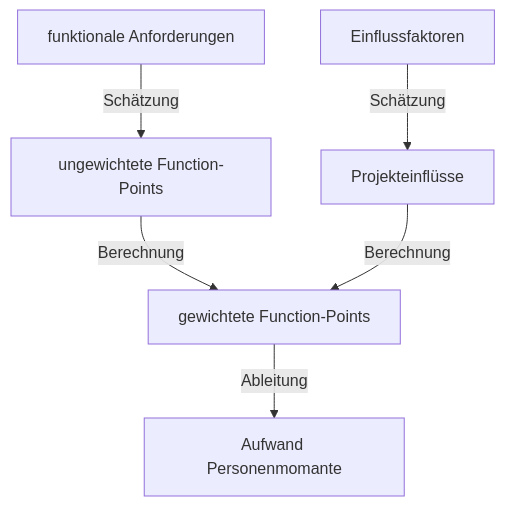
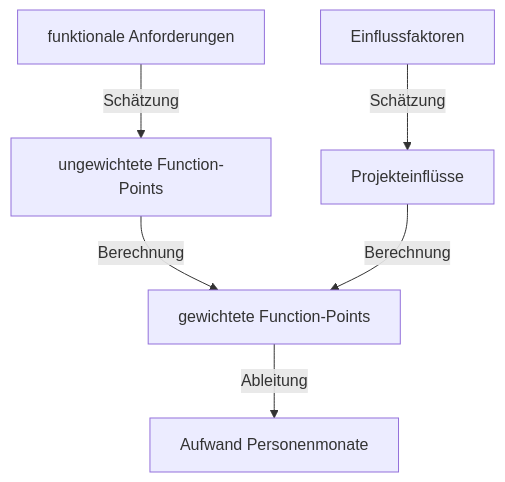
Before and after one commit to JulianTurner/wikijs: the diagram in fom/semester-3/software-engineering/aufwandschaetzng.md, drawn with Mermaid. The commit also changed other lines of this file and 6 other files, not shown here.

````diff
--- a/fom/semester-3/software-engineering/aufwandschaetzng.md
+++ b/fom/semester-3/software-engineering/aufwandschaetzng.md
@@ -100,13 +101,13 @@
 ```mermaid
 graph TD;
     id1[funktionale Anforderungen]
     id2[ungewichtete Function-Points]
     id3[Einflussfaktoren]
     id4[Projekteinflüsse]
     id5[gewichtete Function-Points]
-    id6[Aufwand Personenmomante]
+    id6[Aufwand Personenmonate]
     id1 -->|Schätzung|id2
     id3 -->|Schätzung|id4
     id2 & id4 -->|Berechnung|id5
     id5 -->|Ableitung|id6
 ```
````
